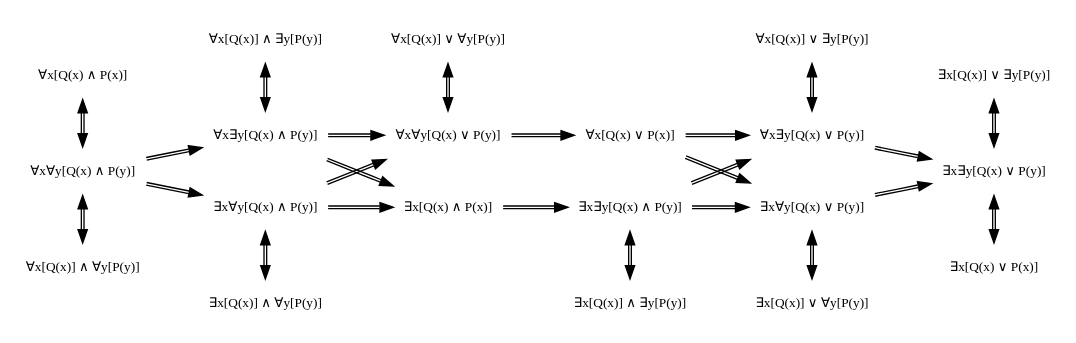
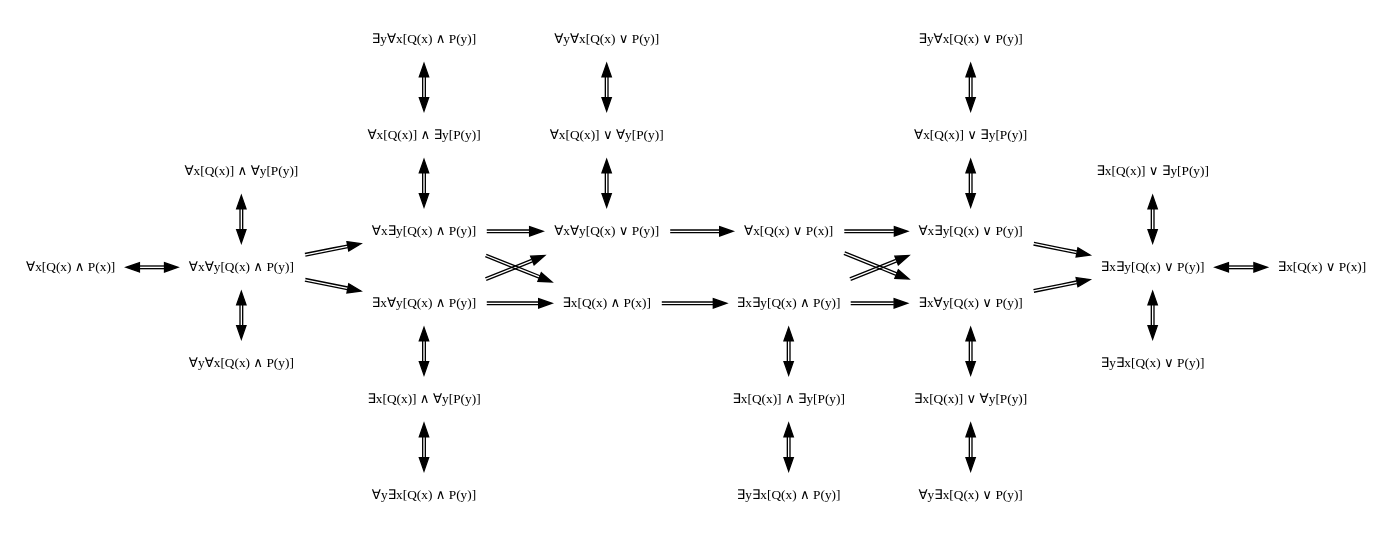
One commit to bss9395/bss9395.github.io changed the diagram in _zh/Timeline/The_Natural/figures/Logistics/Binary_Predicate_∧_∨.gv. Above: the diagram before and after it, drawn with Graphviz. The commit also changed 2 other files, not shown here.

```diff
--- a/_zh/Timeline/The_Natural/figures/Logistics/Binary_Predicate_∧_∨.gv
+++ b/_zh/Timeline/The_Natural/figures/Logistics/Binary_Predicate_∧_∨.gv
@@ -1,27 +1,31 @@
 digraph{
     node[fontname="Consola", fontsize="10"];
     edge[fontname="Consola", fontsize="10"];
     graph[fontname="Consola", fontsize="10", charset="utf-8"];
     graph[compound="true", clusterrank="global", newrank="true"];
 
     node[shape="plaintext"];
     edge[color="black:black"];
     graph[pagedir="TL", rankdir="LR"];
 
-        {rank="same"; AxM[label="∀x[Q(x) ∧ P(x)]"];       AxAyM[label="∀x∀y[Q(x) ∧ P(y)]"]; AxMAy[label="∀x[Q(x)] ∧ ∀y[P(y)]"];}
-        {rank="same"; AxMEy[label="∀x[Q(x)] ∧ ∃y[P(y)]"]; AxEyM[label="∀x∃y[Q(x) ∧ P(y)]"]; ExAyM[label="∃x∀y[Q(x) ∧ P(y)]"];   ExMAy[label="∃x[Q(x)] ∧ ∀y[P(y)]"];}
-        {rank="same"; AxWAy[label="∀x[Q(x)] ∨ ∀y[P(y)]"]; AxAyW[label="∀x∀y[Q(x) ∨ P(y)]"]; ExM[label="∃x[Q(x) ∧ P(x)]"];}
-        {rank="same";                                     AxW[label="∀x[Q(x) ∨ P(x)]"];     ExEyM[label="∃x∃y[Q(x) ∧ P(y)]"];   ExMEy[label="∃x[Q(x)] ∧ ∃y[P(y)]"];}
-        {rank="same"; AxWEy[label="∀x[Q(x)] ∨ ∃y[P(y)]"]; AxEyW[label="∀x∃y[Q(x) ∨ P(y)]"]; ExAyW[label="∃x∀y[Q(x) ∨ P(y)]"];   ExWAy[label="∃x[Q(x)] ∨ ∀y[P(y)]"];}
-        {rank="same"; ExWEy[label="∃x[Q(x)] ∨ ∃y[P(y)]"]; ExEyW[label="∃x∃y[Q(x) ∨ P(y)]"]; ExW[label="∃x[Q(x) ∨ P(x)]"];}
+        {rank="same"; AxM[label="∀x[Q(x) ∧ P(x)]"];}
+        {rank="same"; AxMAy[label="∀x[Q(x)] ∧ ∀y[P(y)]"]; AxAyM[label="∀x∀y[Q(x) ∧ P(y)]"]; AyAxM[label="∀y∀x[Q(x) ∧ P(y)]"];}
+        {rank="same"; EyAxM[label="∃y∀x[Q(x) ∧ P(y)]"]; AxMEy[label="∀x[Q(x)] ∧ ∃y[P(y)]"]; AxEyM[label="∀x∃y[Q(x) ∧ P(y)]"]; ExAyM[label="∃x∀y[Q(x) ∧ P(y)]"];   ExMAy[label="∃x[Q(x)] ∧ ∀y[P(y)]"]; AyExM[label="∀y∃x[Q(x) ∧ P(y)]"];}
+        {rank="same"; AyAxW[label="∀y∀x[Q(x) ∨ P(y)]"]; AxWAy[label="∀x[Q(x)] ∨ ∀y[P(y)]"]; AxAyW[label="∀x∀y[Q(x) ∨ P(y)]"]; ExM[label="∃x[Q(x) ∧ P(x)]"];}
+        {rank="same"; AxW[label="∀x[Q(x) ∨ P(x)]"]; ExEyM[label="∃x∃y[Q(x) ∧ P(y)]"];   ExMEy[label="∃x[Q(x)] ∧ ∃y[P(y)]"]; EyExM[label="∃y∃x[Q(x) ∧ P(y)]"]}
+        {rank="same"; EyAxW[label="∃y∀x[Q(x) ∨ P(y)]"]; AxWEy[label="∀x[Q(x)] ∨ ∃y[P(y)]"]; AxEyW[label="∀x∃y[Q(x) ∨ P(y)]"]; ExAyW[label="∃x∀y[Q(x) ∨ P(y)]"];   ExWAy[label="∃x[Q(x)] ∨ ∀y[P(y)]"]; AyExW[label="∀y∃x[Q(x) ∨ P(y)]"];}
+        {rank="same"; ExWEy[label="∃x[Q(x)] ∨ ∃y[P(y)]"]; ExEyW[label="∃x∃y[Q(x) ∨ P(y)]"]; EyExW[label="∃y∃x[Q(x) ∨ P(y)]"];}
+        {rank="same"; ExW[label="∃x[Q(x) ∨ P(x)]"];}
 
-        AxM->AxAyM[dir="both", minlen=2];   AxMEy->AxEyM[dir="both", minlen=2]; AxWAy->AxAyW[dir="both", minlen=2]; AxW->ExEyM[style="invis"];          AxWEy->AxEyW[dir="both", minlen=2];   ExWEy->ExEyW[dir="both", minlen=2];
-        AxAyM->AxMAy[dir="both", minlen=2]; AxEyM->ExAyM[style="invis"];        AxAyW->ExM[style="invis"];          ExEyM->ExMEy[dir="both", minlen=2]; AxEyW->ExAyW[style="invis"]; ExEyW->ExW[dir="both", minlen=2];
-                                            ExAyM->ExMAy[dir="both", minlen=2];                                                                         ExAyW->ExWAy[dir="both", minlen=2];
+                                AxMAy->AxAyM[dir="both", minlen=2]; EyAxM->AxMEy[dir="both", minlen=2]; AyAxW->AxWAy[dir="both", minlen=2]; AxW->ExEyM[style="invis"];          EyAxW->AxWEy[dir="both", minlen=2]; ExWEy->ExEyW[dir="both", minlen=2];
+                                AxAyM->AyAxM[dir="both", minlen=2]; AxMEy->AxEyM[dir="both", minlen=2]; AxWAy->AxAyW[dir="both", minlen=2]; ExEyM->ExMEy[dir="both", minlen=2]; AxWEy->AxEyW[dir="both", minlen=2]; ExEyW->EyExW[dir="both", minlen=2];
+                                                                    AxEyM->ExAyM[style="invis"];        AxAyW->ExM[style="invis"];          ExMEy->EyExM[dir="both", minlen=2]; AxEyW->ExAyW[style="invis"];
+                                                                    ExAyM->ExMAy[dir="both", minlen=2];                                                                         ExAyW->ExWAy[dir="both", minlen=2];
+                                                                    ExMAy->AyExM[dir="both", minlen=2];                                                                         ExWAy->AyExW[dir="both", minlen=2];
 
-        AxAyM->AxEyM;                       AxEyM->AxAyW;                       AxAyW->AxW;                         AxW->AxEyW;                         AxEyW->ExEyW;
-        AxAyM->ExAyM;                       ExAyM->ExM;                         ExM->ExEyM;                         ExEyM->ExAyW;                       ExAyW->ExEyW;
+        AxM->AxAyM[dir="both"]; AxAyM->AxEyM;                       AxEyM->AxAyW;                       AxAyW->AxW;                         AxW->AxEyW;                         AxEyW->ExEyW;                       ExEyW->ExW[dir="both"];
+                                AxAyM->ExAyM;                       ExAyM->ExM;                         ExM->ExEyM;                         ExEyM->ExAyW;                       ExAyW->ExEyW;
 
-                                            AxEyM->ExM;                                                             AxW->ExAyW;
-                                            ExAyM->AxAyW;                                                           ExEyM->AxEyW;
+                                                                    AxEyM->ExM;                                                             AxW->ExAyW;
+                                                                    ExAyM->AxAyW;                                                           ExEyM->AxEyW;
 }
```
